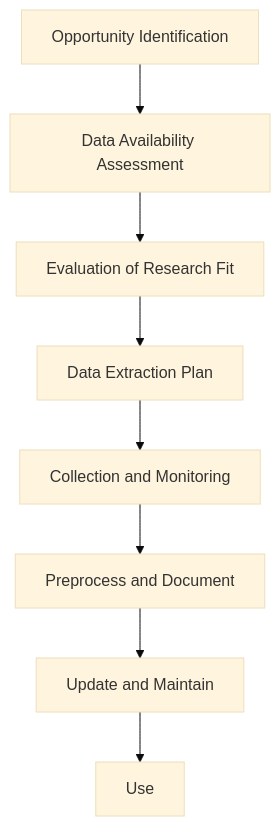
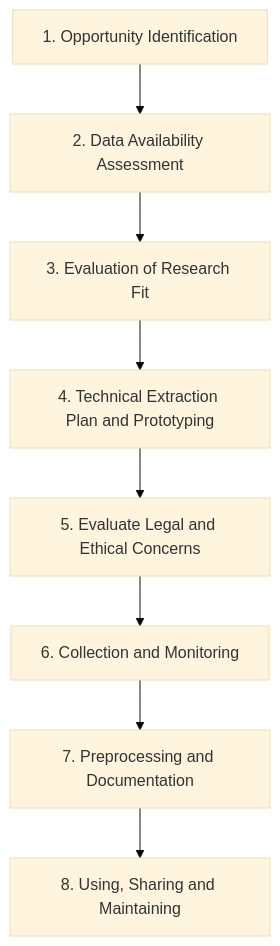
One commit to hannesdatta/course-odcm changed the diagram in content/docs/workflow/_index.md. Above: the diagram before and after it, drawn with Mermaid (base theme). The commit also changed other lines of this file and 7 other files, not shown here.

```diff
--- a/content/docs/workflow/_index.md
+++ b/content/docs/workflow/_index.md
@@ -20,13 +20,13 @@
 {{< mermaid class="text-left">}}
 
 graph TD
-    A[Opportunity Identification] --> B
-    B[Data Availability Assessment] --> C
-    C[Evaluation of Research Fit] --> D
-    D[Data Extraction Plan] --> E
-    E[Collection and Monitoring] --> F
-    F[Preprocess and Document] --> G
-    G[Update and Maintain] --> H
-    H[Use]
+    A[1. Opportunity Identification] --> B
+    B[2. Data Availability Assessment] --> C
+    C[3. Evaluation of Research Fit] --> D
+    D[4. Technical Extraction Plan and Prototyping] --> E
+    E[5. Evaluate Legal and Ethical Concerns] --> F
+    F[6. Collection and Monitoring] --> G
+    G[7. Preprocessing and Documentation] --> H
+    H[8. Using, Sharing and Maintaining]
 
 {{< /mermaid>}}
```
